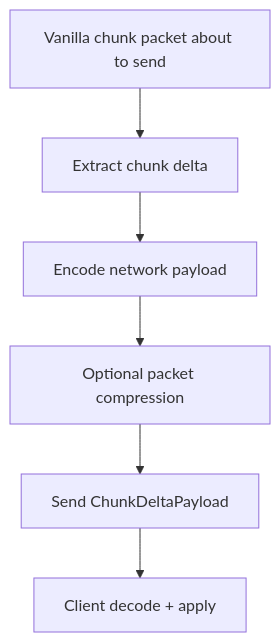
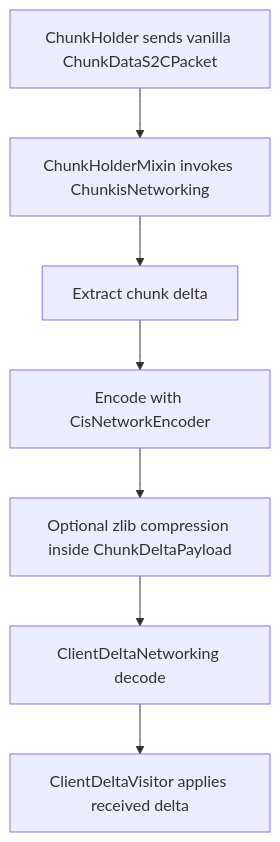
One commit to Liparakis/Chunkis changed the diagram in docs/Architecture/Networking-And-Client-Sync.md. Above: the diagram before and after it, drawn with Mermaid. The commit also changed other lines of this file and 25 other files, not shown here.

Commit message:
docs: sync documentation with current architecture

````diff
--- a/docs/Architecture/Networking-And-Client-Sync.md
+++ b/docs/Architecture/Networking-And-Client-Sync.md
@@ -32,8 +20,9 @@
 ```mermaid
 flowchart TD
-    A["Vanilla chunk packet about to send"] --> B["Extract chunk delta"]
-    B --> C["Encode network payload"]
-    C --> D["Optional packet compression"]
-    D --> E["Send ChunkDeltaPayload"]
-    E --> F["Client decode + apply"]
+    A["ChunkHolder sends vanilla ChunkDataS2CPacket"] --> B["ChunkHolderMixin invokes ChunkisNetworking"]
+    B --> C["Extract chunk delta"]
+    C --> D["Encode with CisNetworkEncoder"]
+    D --> E["Optional zlib compression inside ChunkDeltaPayload"]
+    E --> F["ClientDeltaNetworking decode"]
+    F --> G["ClientDeltaVisitor applies received delta"]
 ```
````
